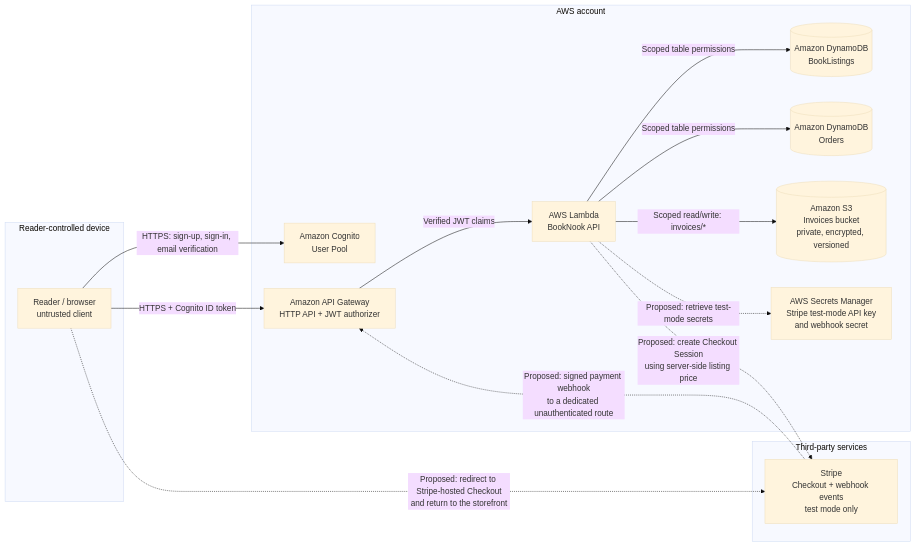
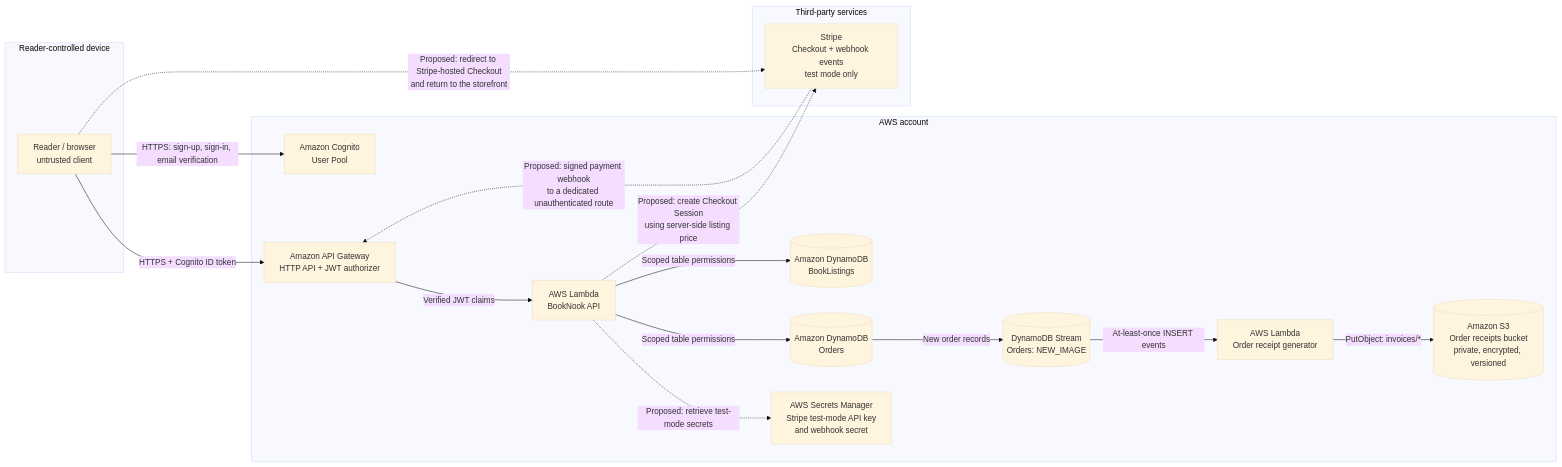
The diagram in docs/architecture.md (mikolajlowiec-cpu/booknook-platform), drawn with Mermaid (base theme) before and after one commit. The commit also changed other lines of this file and 6 other files, not shown here.

Commit message:
Generate order receipts from DynamoDB Streams

````diff
--- a/docs/architecture.md
+++ b/docs/architecture.md
@@ -9,29 +9,33 @@
 ```mermaid
 flowchart LR
   subgraph client["Reader-controlled device"]
     reader["Reader / browser<br/>untrusted client"]
   end
   subgraph aws["AWS account"]
     cognito["Amazon Cognito<br/>User Pool"]
     api["Amazon API Gateway<br/>HTTP API + JWT authorizer"]
     lambda["AWS Lambda<br/>BookNook API"]
+    invoiceLambda["AWS Lambda<br/>Order receipt generator"]
     books[("Amazon DynamoDB<br/>BookListings")]
     orders[("Amazon DynamoDB<br/>Orders")]
-    invoices[("Amazon S3<br/>Invoices bucket<br/>private, encrypted, versioned")]
+    invoices[("Amazon S3<br/>Order receipts bucket<br/>private, encrypted, versioned")]
+    orderStream[("DynamoDB Stream<br/>Orders: NEW_IMAGE")]
     secrets["AWS Secrets Manager<br/>Stripe test-mode API key<br/>and webhook secret"]
   end
   subgraph thirdparty["Third-party services"]
     stripe["Stripe<br/>Checkout + webhook events<br/>test mode only"]
   end
 
   reader -->|"HTTPS: sign-up, sign-in, email verification"| cognito
   reader -->|"HTTPS + Cognito ID token"| api
   api -->|"Verified JWT claims"| lambda
   lambda -->|"Scoped table permissions"| books
   lambda -->|"Scoped table permissions"| orders
-  lambda -->|"Scoped read/write: invoices/*"| invoices
+  orders -->|"New order records"| orderStream
+  orderStream -->|"At-least-once INSERT events"| invoiceLambda
+  invoiceLambda -->|"PutObject: invoices/*"| invoices
   lambda -.->|"Proposed: create Checkout Session<br/>using server-side listing price"| stripe
   lambda -.->|"Proposed: retrieve test-mode secrets"| secrets
   reader -.->|"Proposed: redirect to Stripe-hosted Checkout<br/>and return to the storefront"| stripe
   stripe -.->|"Proposed: signed payment webhook<br/>to a dedicated unauthenticated route"| api
 ```
````
